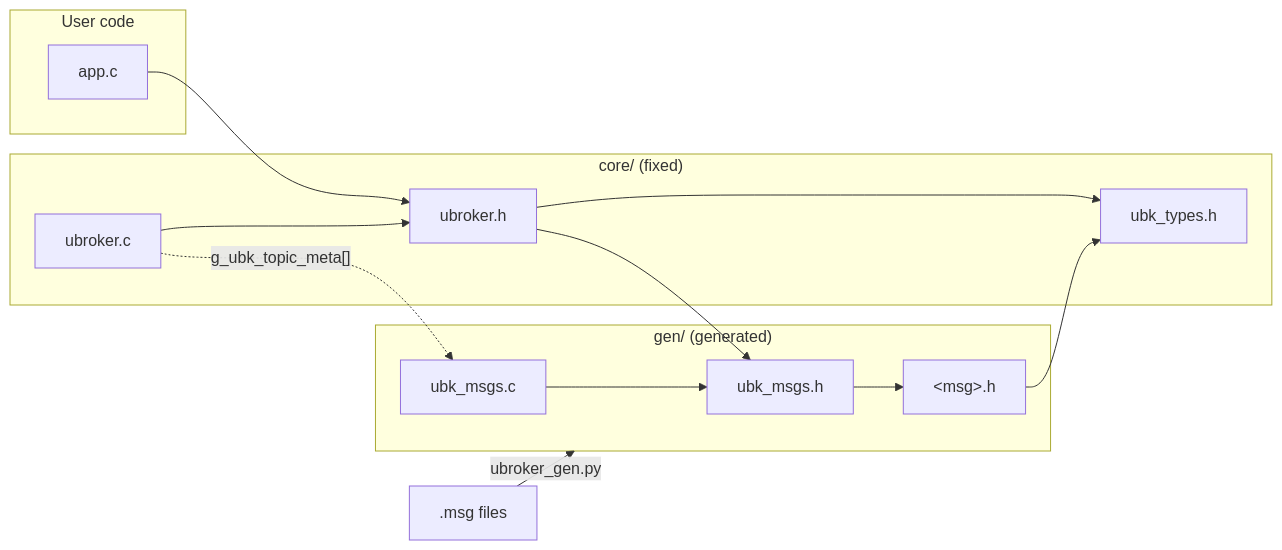
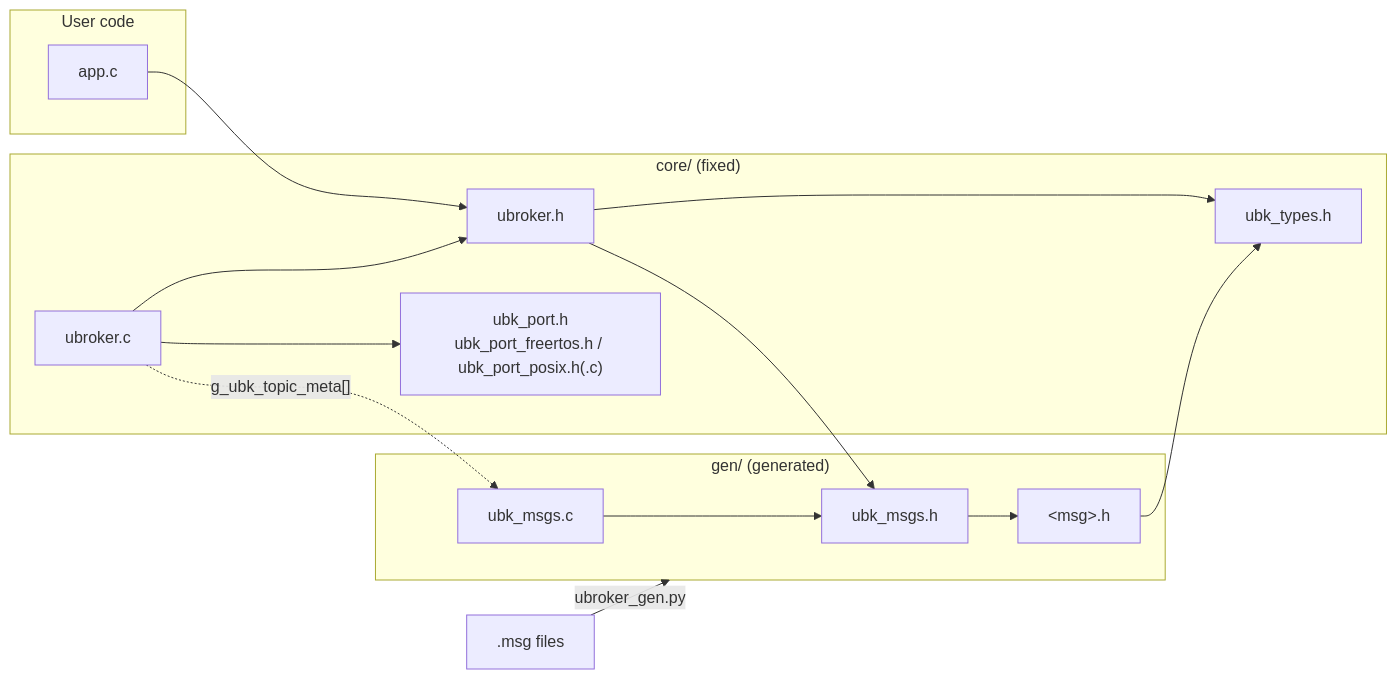
One commit to Kimbyung-wook/uBroker changed the first of 2 diagrams in README.md. Above: the diagram before and after it, drawn with Mermaid. The commit also changed other lines of this file and 45 other files, not shown here.

````diff
--- a/README.md
+++ b/README.md
@@ -27,27 +30,29 @@
 ```mermaid
 flowchart LR
     MSG[".msg files"] -->|ubroker_gen.py| GEN
 
     subgraph USER["User code"]
         APP["app.c"]
     end
     subgraph CORE["core/ (fixed)"]
         UH["ubroker.h"]
         UC["ubroker.c"]
         UT["ubk_types.h"]
+        UP["ubk_port.h<br/>ubk_port_freertos.h / ubk_port_posix.h(.c)"]
     end
     subgraph GEN["gen/ (generated)"]
         MH["ubk_msgs.h"]
         MC["ubk_msgs.c"]
         XH["&lt;msg&gt;.h"]
     end
 
     APP --> UH
     UC --> UH
     UH --> UT
     UH --> MH
     MH --> XH
     XH --> UT
     MC --> MH
+    UC --> UP
     UC -. "g_ubk_topic_meta[]" .-> MC
 ```
````
